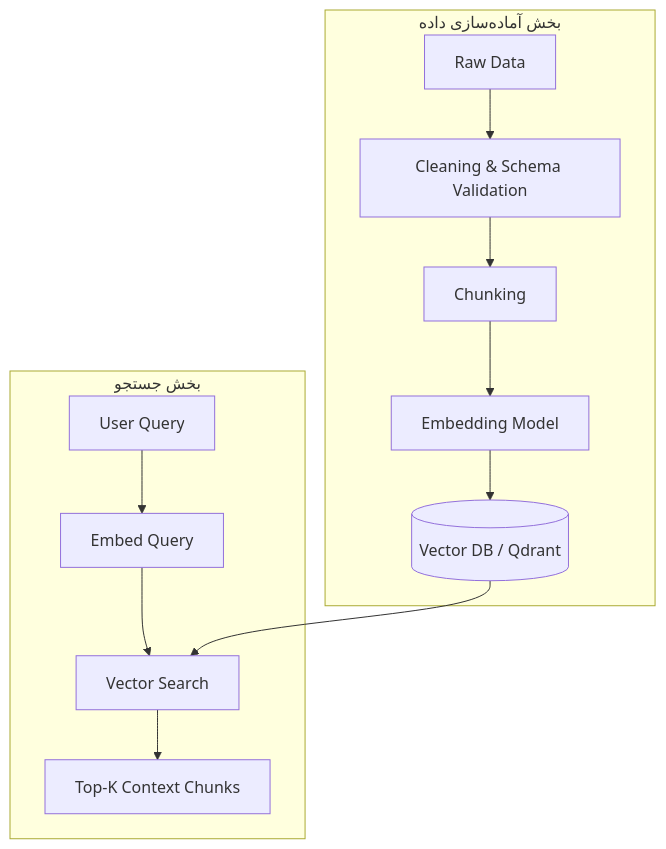
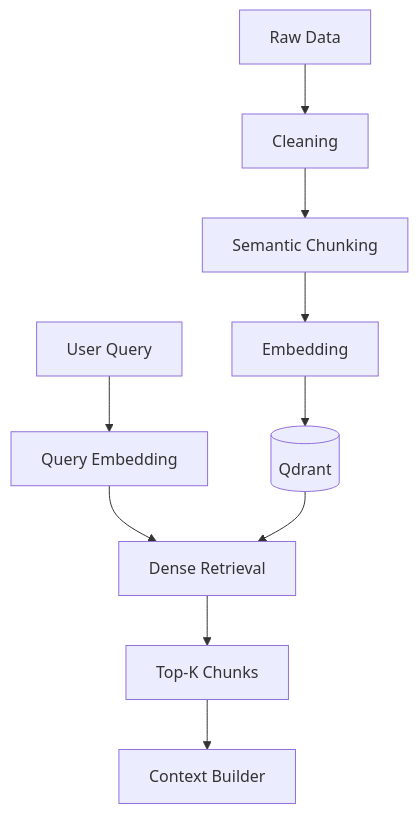
Before and after one commit to parhammm13/persian-cultural-rag-agent: the diagram in README.md, drawn with Mermaid. The commit also changed other lines of this file, not shown here.

````diff
--- a/README.md
+++ b/README.md
@@ -14,16 +11,13 @@
 ```mermaid
 graph TD
-    subgraph Ingestion Pipeline [بخش آماده‌سازی داده]
-        A[Raw Data] --> B[Cleaning & Schema Validation]
-        B --> C[Chunking]
-        C --> D[Embedding Model]
-        D --> E[(Vector DB / Qdrant)]
-    end
+    A[Raw Data] --> B[Cleaning]
+    B --> C[Semantic Chunking]
+    C --> D[Embedding]
+    D --> E[(Qdrant)]
 
-    subgraph Retrieval Pipeline [بخش جستجو]
-        F[User Query] --> G[Embed Query]
-        G --> H[Vector Search]
-        E --> H
-        H --> I[Top-K Context Chunks]
-    end
+    F[User Query] --> G[Query Embedding]
+    G --> H[Dense Retrieval]
+    E --> H
+    H --> I[Top-K Chunks]
+    I --> J[Context Builder]
 ```
````
